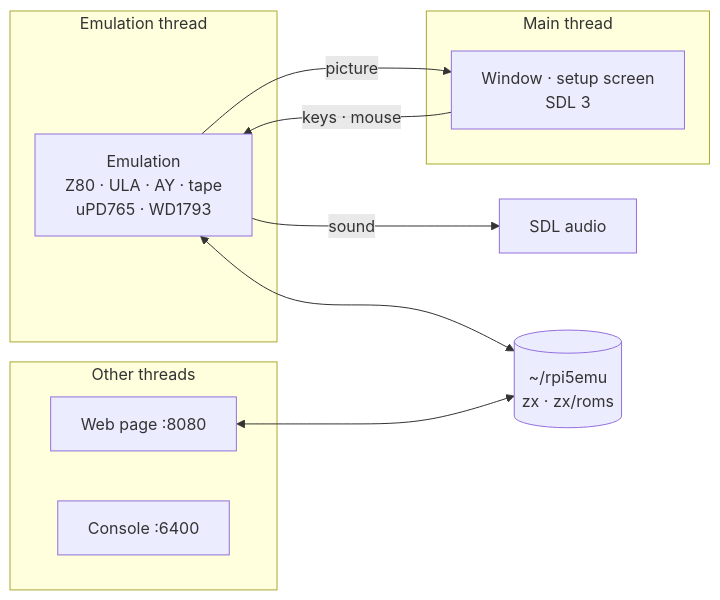
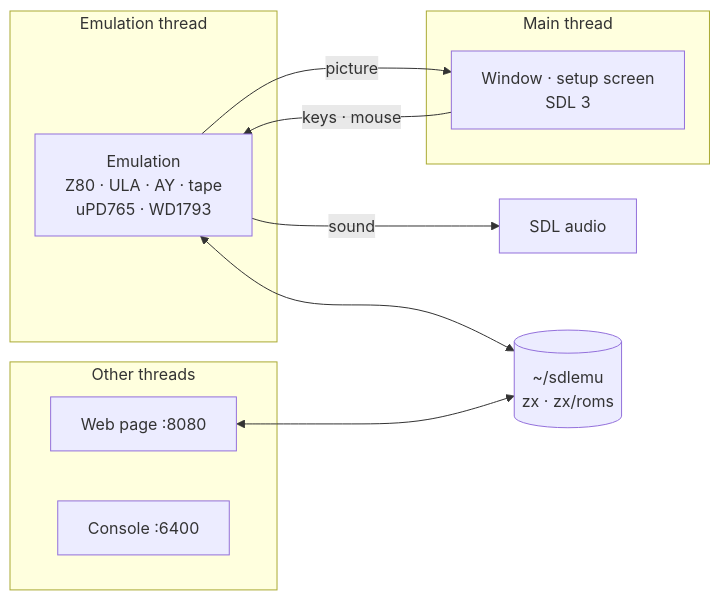
Before and after one commit to rlucencic/rpi5zx: the diagram in README.md, drawn with Mermaid. The commit also changed other lines of this file and 3 other files, not shown here.

````diff
--- a/README.md
+++ b/README.md
@@ -172,19 +169,19 @@
 ```mermaid
 flowchart LR
   subgraph emu [Emulation thread]
     EMU["Emulation<br>Z80 · ULA · AY · tape<br>uPD765 · WD1793"]
   end
   subgraph main [Main thread]
     WIN["Window · setup screen<br>SDL 3"]
   end
   subgraph others [Other threads]
     WEB[Web page :8080]
     CON[Console :6400]
   end
   EMU -- picture --> WIN
   EMU -- sound --> SND[SDL audio]
   WIN -- keys · mouse --> EMU
-  DATA[("~/rpi5emu<br>zx · zx/roms")]
+  DATA[("~/sdlemu<br>zx · zx/roms")]
   EMU <--> DATA
   WEB <--> DATA
 ```
````
